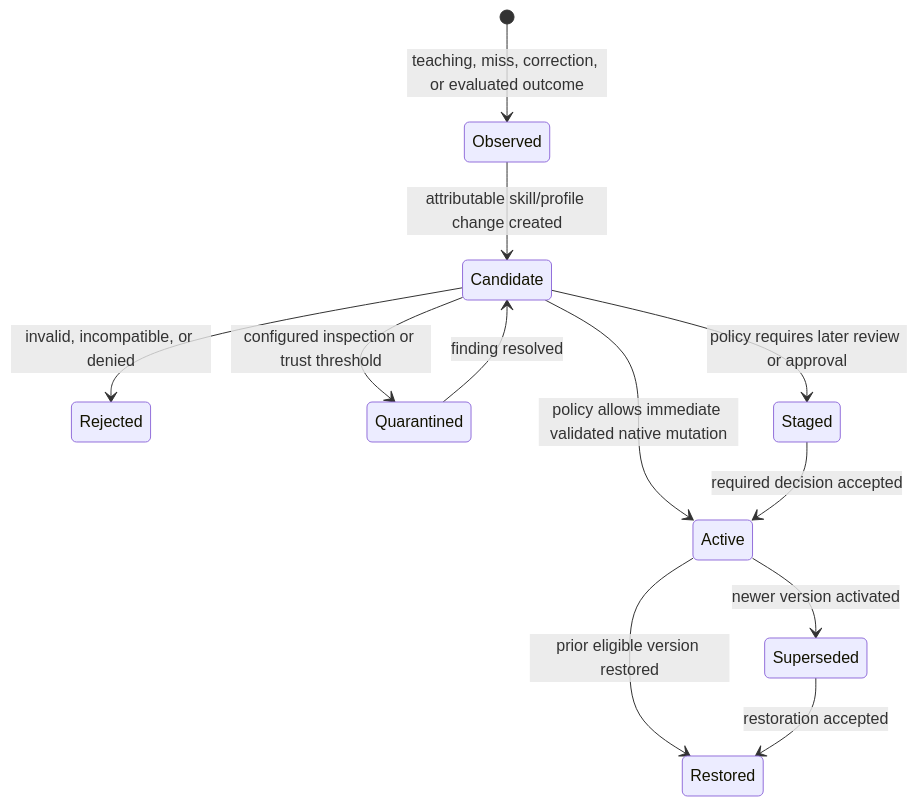
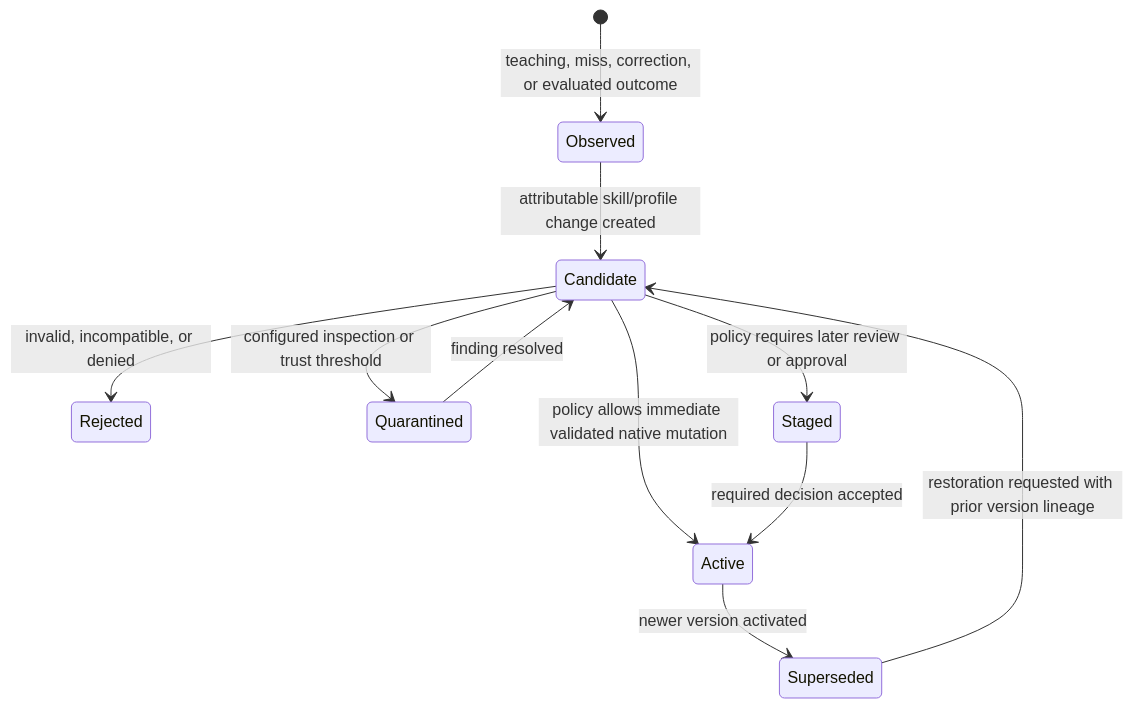
One commit to Y4NN777/mishkan changed the tenth of 12 diagrams in docs/SYSTEM/MODEL.md. Above: the diagram before and after it, drawn with Mermaid. The commit also changed other lines of this file and 7 other files, not shown here.

````diff
--- a/docs/SYSTEM/MODEL.md
+++ b/docs/SYSTEM/MODEL.md
@@ -301,14 +308,13 @@
 ```mermaid
 stateDiagram-v2
     [*] --> Observed: teaching, miss, correction, or evaluated outcome
     Observed --> Candidate: attributable skill/profile change created
     Candidate --> Rejected: invalid, incompatible, or denied
     Candidate --> Quarantined: configured inspection or trust threshold
     Candidate --> Active: policy allows immediate validated native mutation
     Candidate --> Staged: policy requires later review or approval
     Staged --> Active: required decision accepted
     Quarantined --> Candidate: finding resolved
     Active --> Superseded: newer version activated
-    Active --> Restored: prior eligible version restored
-    Superseded --> Restored: restoration accepted
+    Superseded --> Candidate: restoration requested with prior version lineage
 ```
````
